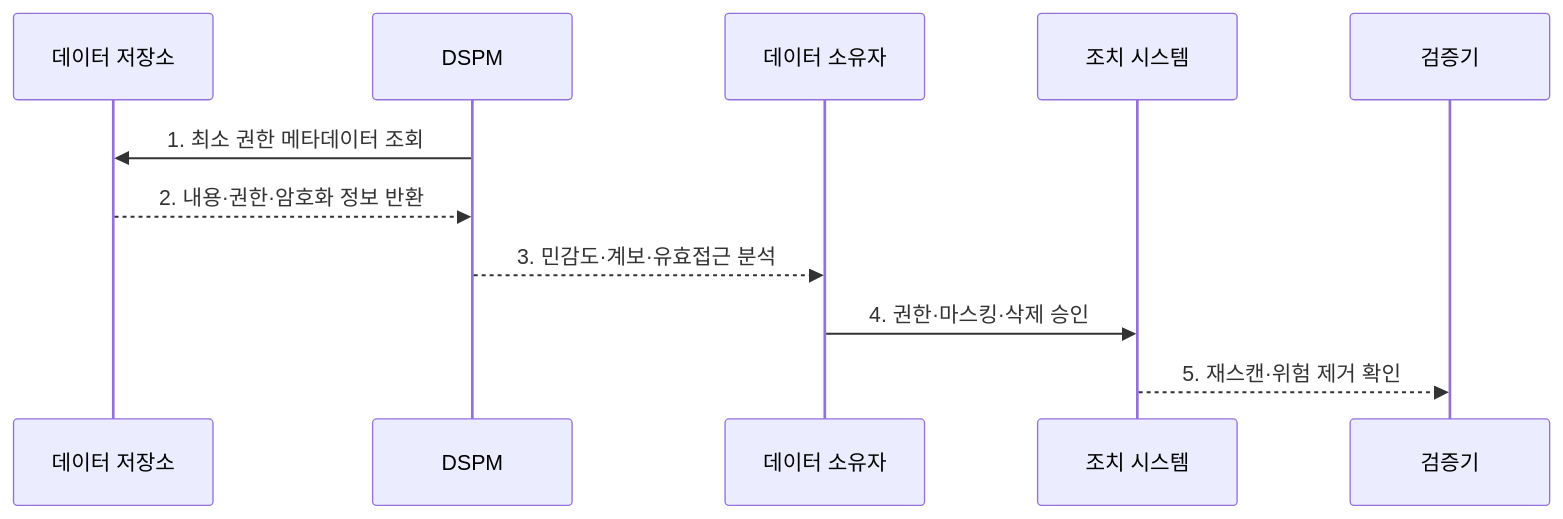
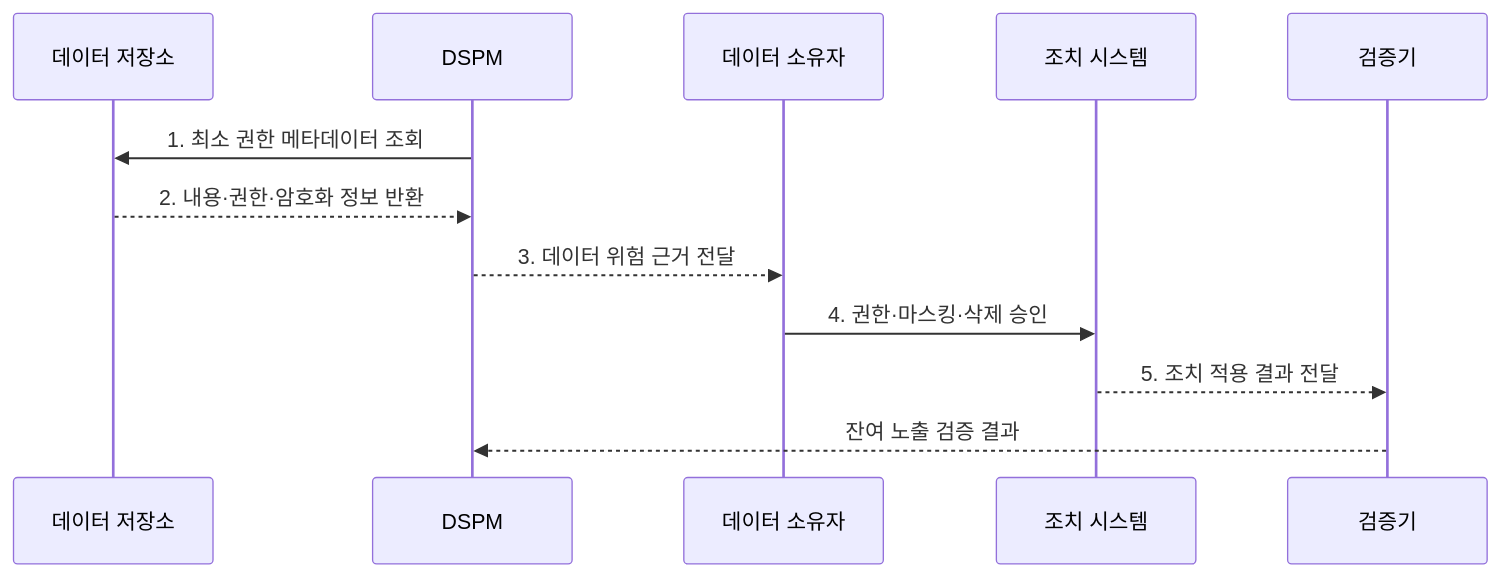
One commit to agnusdei1207/knowledge-base changed the second of 2 diagrams in src/content/docs/notes/05-security/074_dspm.md. Above: the diagram before and after it, drawn with Mermaid. The commit also changed other lines of this file and 20 other files, not shown here.

````diff
--- a/src/content/docs/notes/05-security/074_dspm.md
+++ b/src/content/docs/notes/05-security/074_dspm.md
@@ -87,13 +91,14 @@
 ```mermaid
 sequenceDiagram
     participant S as 데이터 저장소
     participant D as DSPM
     participant O as 데이터 소유자
     participant C as 조치 시스템
     participant 검증기
     D->>S: 1. 최소 권한 메타데이터 조회
     S-->>D: 2. 내용·권한·암호화 정보 반환
-    D-->>O: 3. 민감도·계보·유효접근 분석
+    D-->>O: 3. 데이터 위험 근거 전달
     O->>C: 4. 권한·마스킹·삭제 승인
-    C-->>검증기: 5. 재스캔·위험 제거 확인
+    C-->>검증기: 5. 조치 적용 결과 전달
+    검증기-->>D: 잔여 노출 검증 결과
 ```
````
